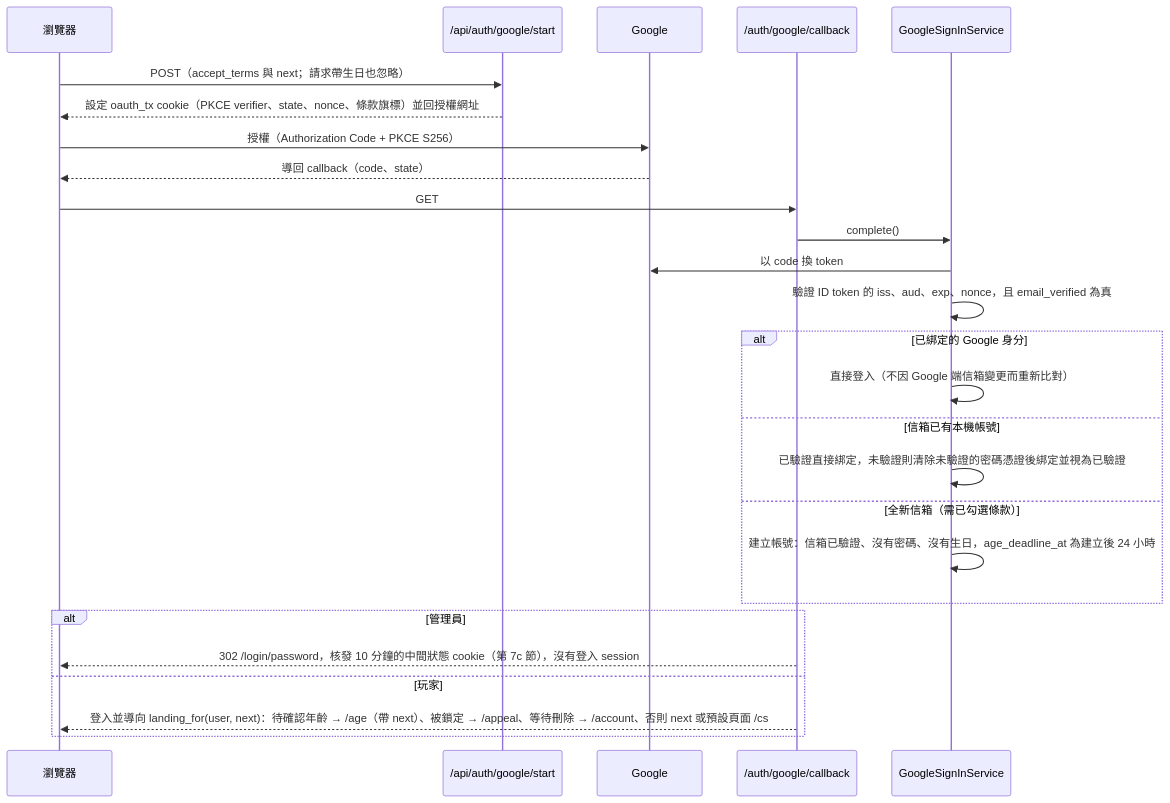
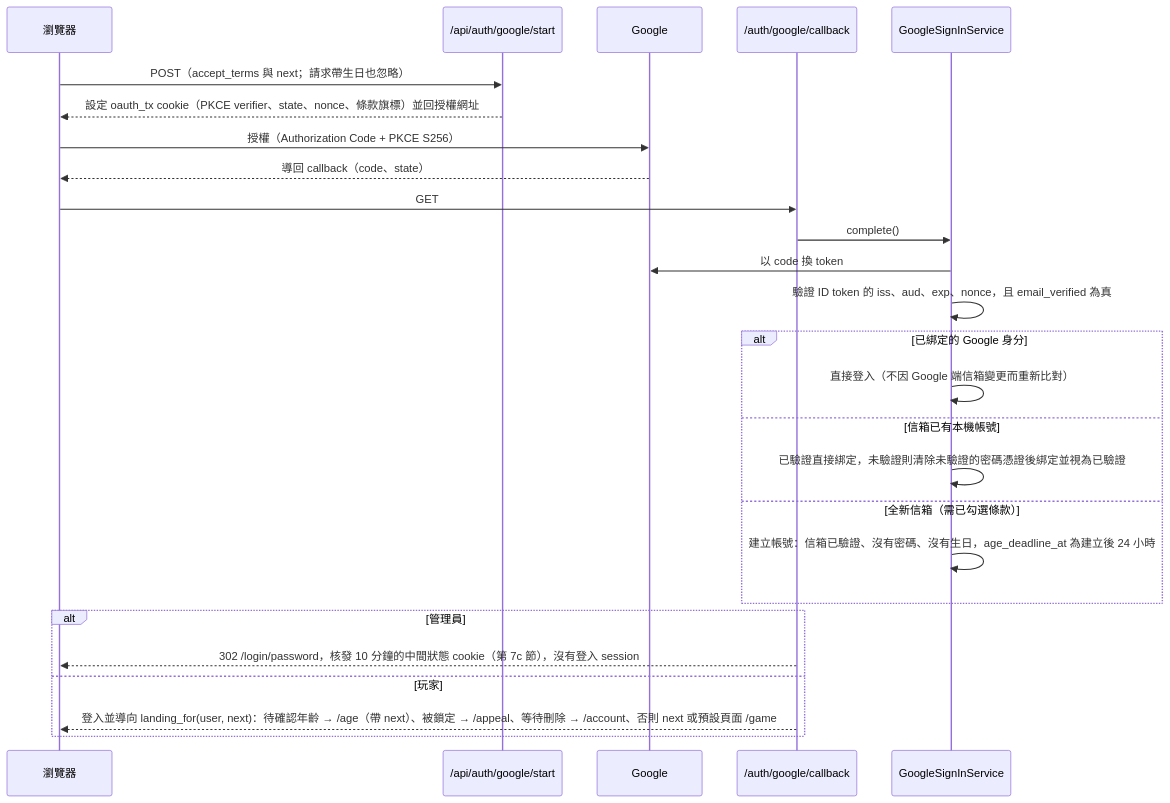
The third of 11 diagrams in docs/帳號與安全-auth-security.md (pp466pp466/R.A.C), drawn with Mermaid before and after one commit. The commit also changed other lines of this file and 22 other files, not shown here.

````diff
--- a/docs/帳號與安全-auth-security.md
+++ b/docs/帳號與安全-auth-security.md
@@ -67,29 +67,29 @@
 ```mermaid
 sequenceDiagram
     participant B as 瀏覽器
     participant A as /api/auth/google/start
     participant G as Google
     participant C as /auth/google/callback
     participant S as GoogleSignInService
 
     B->>A: POST（accept_terms 與 next；請求帶生日也忽略）
     A-->>B: 設定 oauth_tx cookie（PKCE verifier、state、nonce、條款旗標）並回授權網址
     B->>G: 授權（Authorization Code + PKCE S256）
     G-->>B: 導回 callback（code、state）
     B->>C: GET
     C->>S: complete()
     S->>G: 以 code 換 token
     S->>S: 驗證 ID token 的 iss、aud、exp、nonce，且 email_verified 為真
     alt 已綁定的 Google 身分
         S->>S: 直接登入（不因 Google 端信箱變更而重新比對）
     else 信箱已有本機帳號
         S->>S: 已驗證直接綁定，未驗證則清除未驗證的密碼憑證後綁定並視為已驗證
     else 全新信箱（需已勾選條款）
         S->>S: 建立帳號：信箱已驗證、沒有密碼、沒有生日，age_deadline_at 為建立後 24 小時
     end
     alt 管理員
         C-->>B: 302 /login/password，核發 10 分鐘的中間狀態 cookie（第 7c 節），沒有登入 session
     else 玩家
-        C-->>B: 登入並導向 landing_for(user, next)：待確認年齡 → /age（帶 next）、被鎖定 → /appeal、等待刪除 → /account、否則 next 或預設頁面 /cs
+        C-->>B: 登入並導向 landing_for(user, next)：待確認年齡 → /age（帶 next）、被鎖定 → /appeal、等待刪除 → /account、否則 next 或預設頁面 /game
     end
 ```
````
